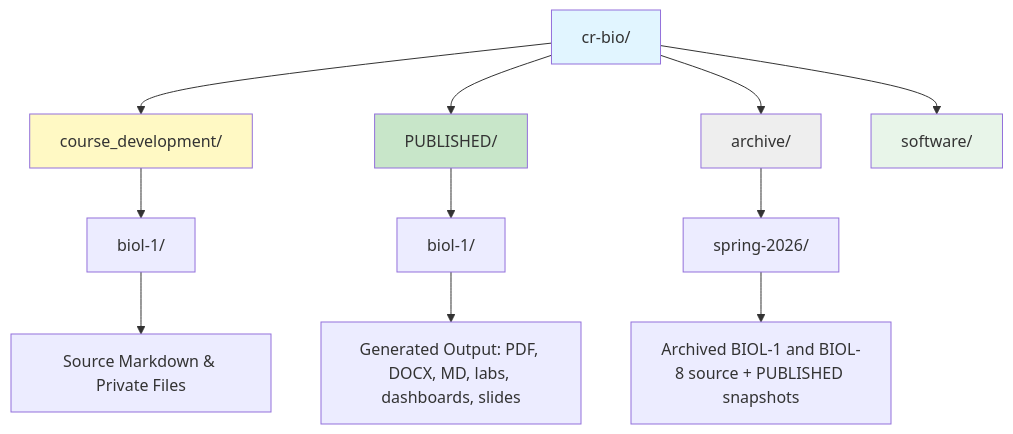
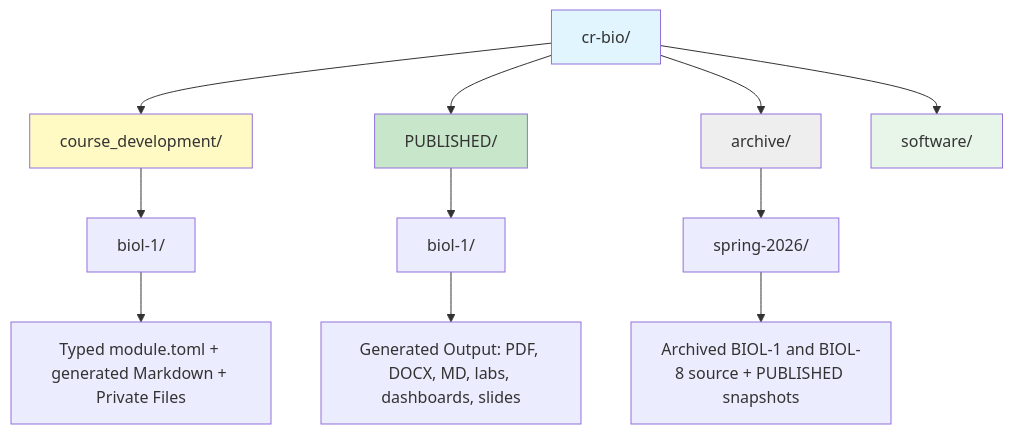
One commit to docxology/biol-1 changed the diagram in README.md. Above: the diagram before and after it, drawn with Mermaid. The commit also changed other lines of this file and 590 other files, not shown here.

````diff
--- a/README.md
+++ b/README.md
@@ -14,21 +14,21 @@
 ```mermaid
 graph TD
     Root[cr-bio/] --> Dev[course_development/]
     Root --> Pub[PUBLISHED/]
     Root --> Archive[archive/]
     Root --> Software[software/]
     
     Dev --> Biol1[biol-1/]
     Pub --> PubBiol1[biol-1/]
     Archive --> Spring2026[spring-2026/]
     
-    Biol1 --> Biol1Source[Source Markdown & Private Files]
+    Biol1 --> Biol1Source[Typed module.toml + generated Markdown + Private Files]
     PubBiol1 --> PubBiol1M["Generated Output: PDF, DOCX, MD, labs, dashboards, slides"]
     Spring2026 --> ArchivedCourses["Archived BIOL-1 and BIOL-8 source + PUBLISHED snapshots"]
     
     style Root fill:#e1f5ff
     style Dev fill:#fff9c4
     style Pub fill:#c8e6c9
     style Archive fill:#eeeeee
     style Software fill:#e8f5e9
 ```
````
